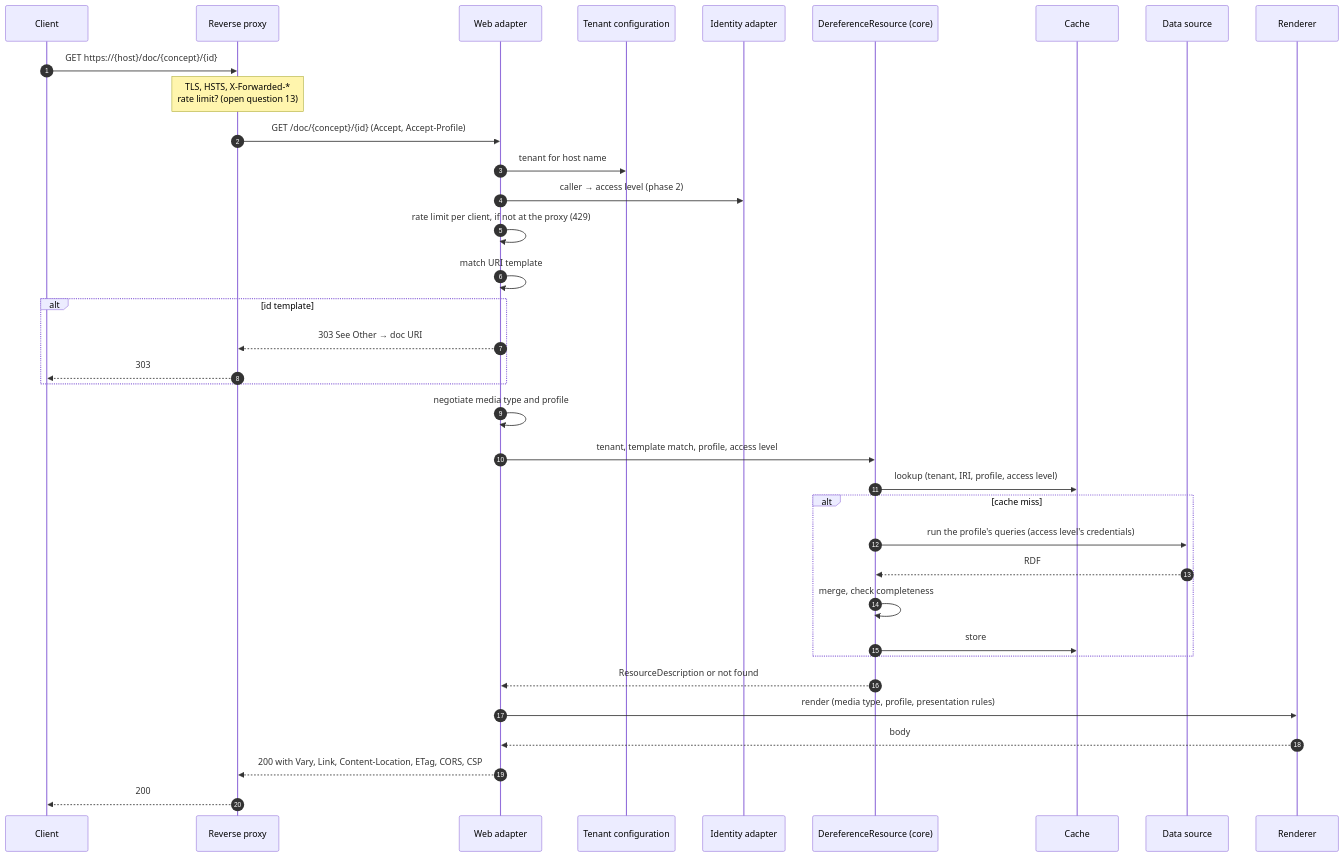
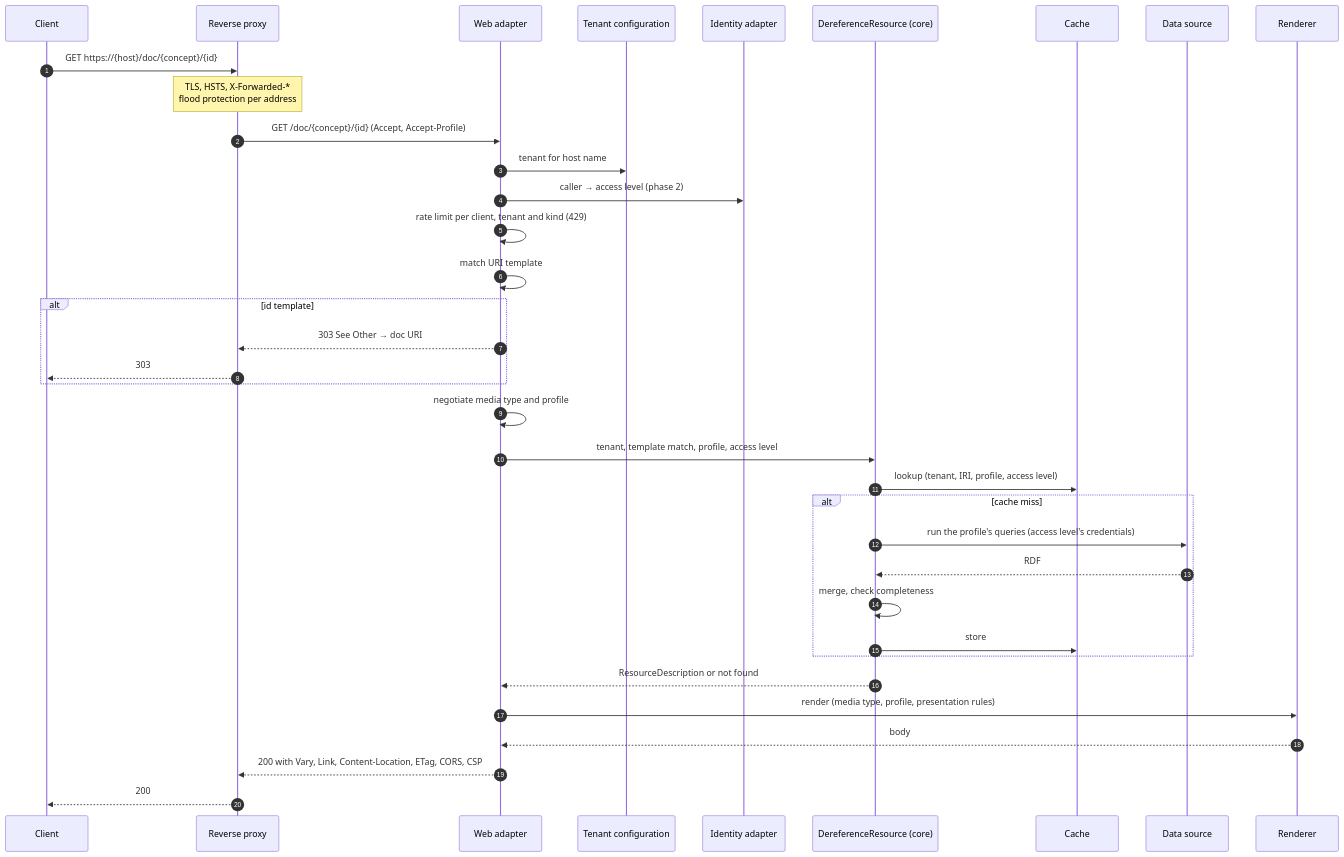
One commit to milieuinfo/SPieGeL changed the diagram in docs/analysis/05-architecture/request-flow.md. Above: the diagram before and after it, drawn with Mermaid. The commit also changed other lines of this file and 8 other files, not shown here.

````diff
--- a/docs/analysis/05-architecture/request-flow.md
+++ b/docs/analysis/05-architecture/request-flow.md
@@ -17,38 +17,38 @@
 ```mermaid
 sequenceDiagram
     autonumber
     participant C as Client
     participant P as Reverse proxy
     participant W as Web adapter
     participant T as Tenant configuration
     participant I as Identity adapter
     participant U as DereferenceResource (core)
     participant K as Cache
     participant D as Data source
     participant R as Renderer
     C->>P: GET https://{host}/doc/{concept}/{id}
-    Note over P: TLS, HSTS, X-Forwarded-*<br/>rate limit? (open question 13)
+    Note over P: TLS, HSTS, X-Forwarded-*<br/>flood protection per address
     P->>W: GET /doc/{concept}/{id} (Accept, Accept-Profile)
     W->>T: tenant for host name
     W->>I: caller → access level (phase 2)
-    W->>W: rate limit per client, if not at the proxy (429)
+    W->>W: rate limit per client, tenant and kind (429)
     W->>W: match URI template
     alt id template
         W-->>P: 303 See Other → doc URI
         P-->>C: 303
     end
     W->>W: negotiate media type and profile
     W->>U: tenant, template match, profile, access level
     U->>K: lookup (tenant, IRI, profile, access level)
     alt cache miss
         U->>D: run the profile's queries (access level's credentials)
         D-->>U: RDF
         U->>U: merge, check completeness
         U->>K: store
     end
     U-->>W: ResourceDescription or not found
     W->>R: render (media type, profile, presentation rules)
     R-->>W: body
     W-->>P: 200 with Vary, Link, Content-Location, ETag, CORS, CSP
     P-->>C: 200
 ```
````
